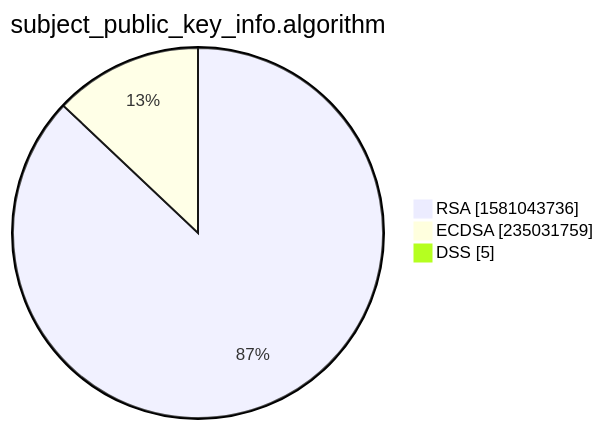
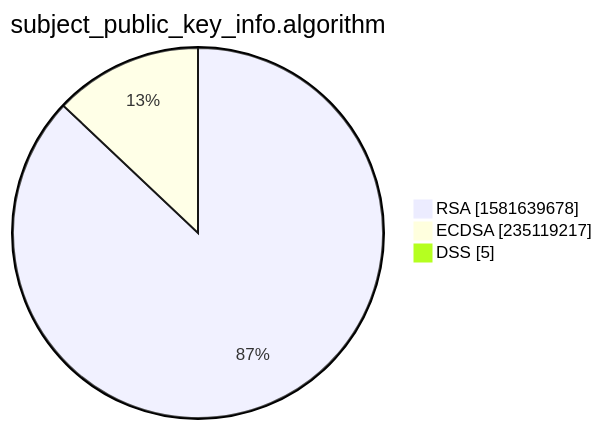
One commit to christiankrug/ctmonitor_visualization changed the third of 15 diagrams in xenon2022/README.md. Above: the diagram before and after it, drawn with Mermaid. The commit also changed other lines of this file, not shown here.

````diff
--- a/xenon2022/README.md
+++ b/xenon2022/README.md
@@ -14,7 +14,7 @@
 ```mermaid
 pie showData
 title subject_public_key_info.algorithm
-"RSA" :1581043736
-"ECDSA" :235031759
+"RSA" :1581639678
+"ECDSA" :235119217
 "DSS" :5
 ```
````
